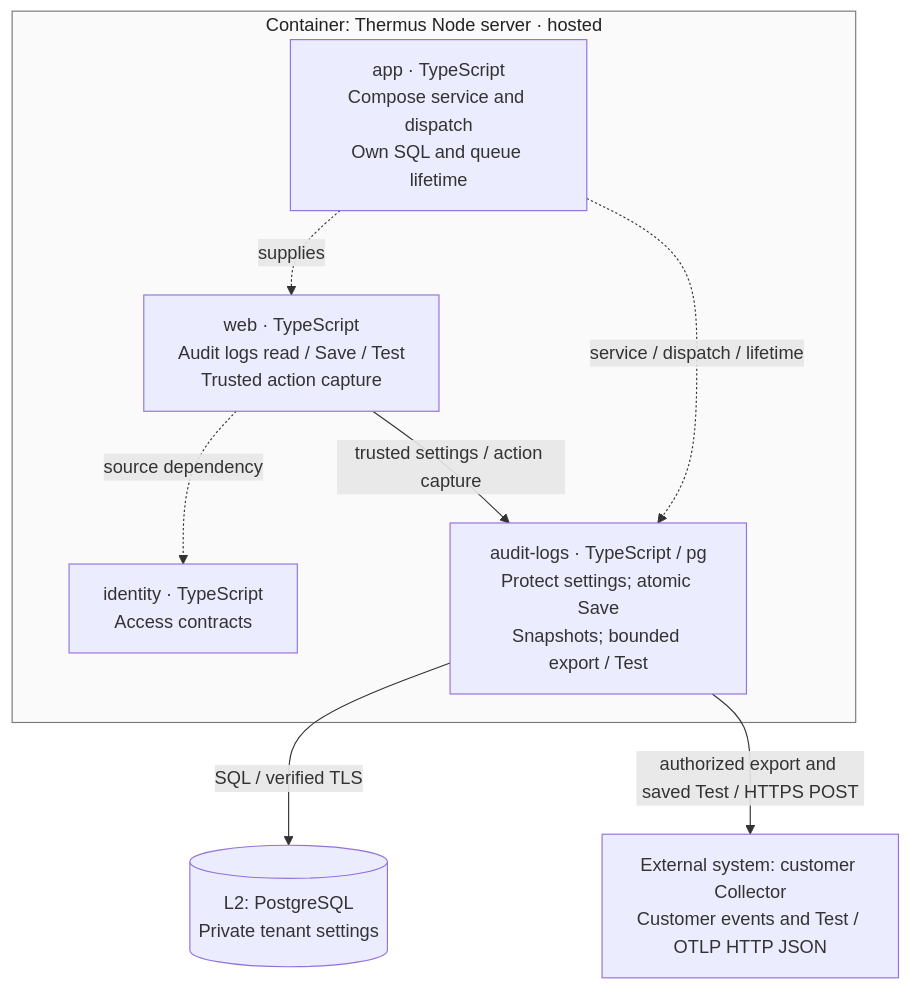
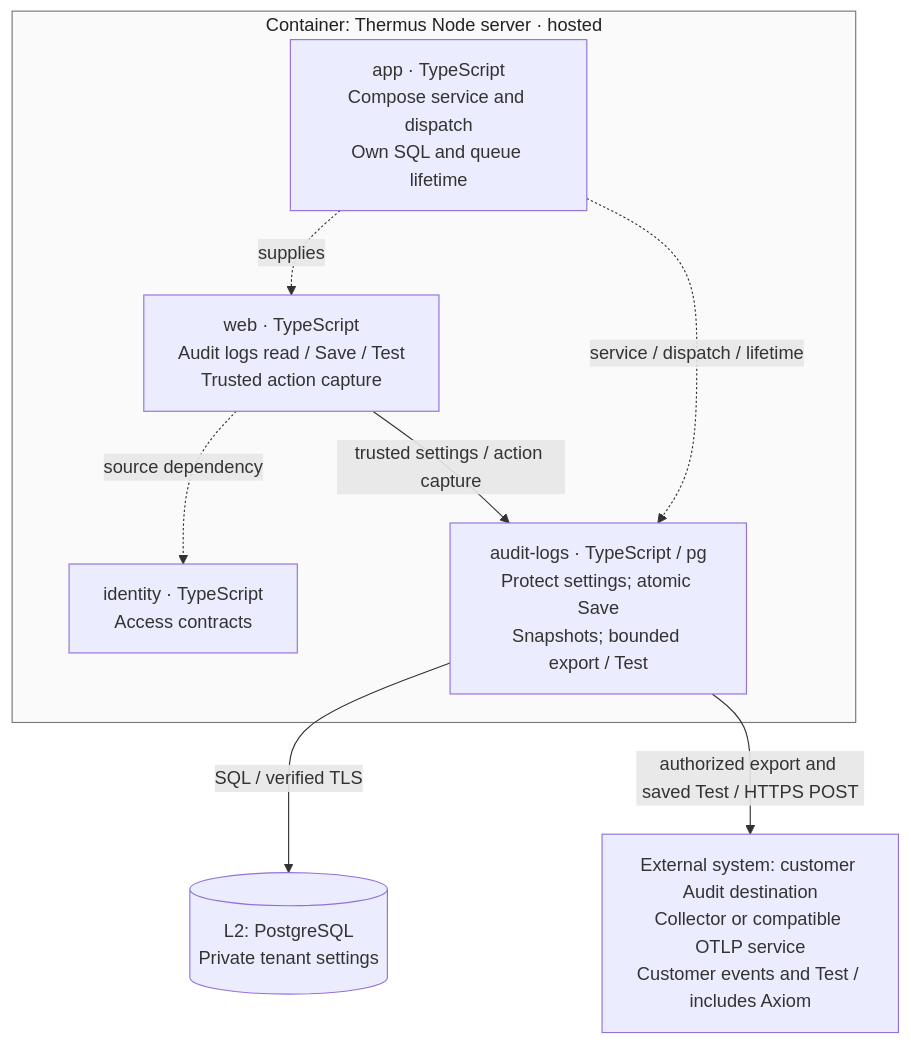
Before and after one commit to tomer-mayara/Thermus: the sixth of 13 diagrams in architecture/components.md, drawn with Mermaid. The commit also changed other lines of this file and 57 other files, not shown here.

Commit message:
Add direct Axiom Audit destinations and prepare rollout notices

````diff
--- a/architecture/components.md
+++ b/architecture/components.md
@@ -249,18 +250,18 @@
 ```mermaid
 flowchart TB
   subgraph storage_server["Container: Thermus Node server · hosted"]
     storage_app["app · TypeScript<br/>Compose service and dispatch<br/>Own SQL and queue lifetime"]
     storage_web["web · TypeScript<br/>Audit logs read / Save / Test<br/>Trusted action capture"]
     storage_identity["identity · TypeScript<br/>Access contracts"]
     storage_logging["audit-logs · TypeScript / pg<br/>Protect settings; atomic Save<br/>Snapshots; bounded export / Test"]
   end
   storage_data[("L2: PostgreSQL<br/>Private tenant settings")]
-  storage_collector["External system: customer Collector<br/>Customer events and Test / OTLP HTTP JSON"]
+  storage_collector["External system: customer Audit destination<br/>Collector or compatible OTLP service<br/>Customer events and Test / includes Axiom"]
   storage_app -.->|supplies| storage_web
   storage_app -.->|service / dispatch / lifetime| storage_logging
   storage_web -.->|source dependency| storage_identity
   storage_web -->|trusted settings / action capture| storage_logging
   storage_logging -->|SQL / verified TLS| storage_data
   storage_logging -->|authorized export and saved Test / HTTPS POST| storage_collector
   style storage_server fill:#fafafa,stroke:#777777,color:#222
 ```
````
